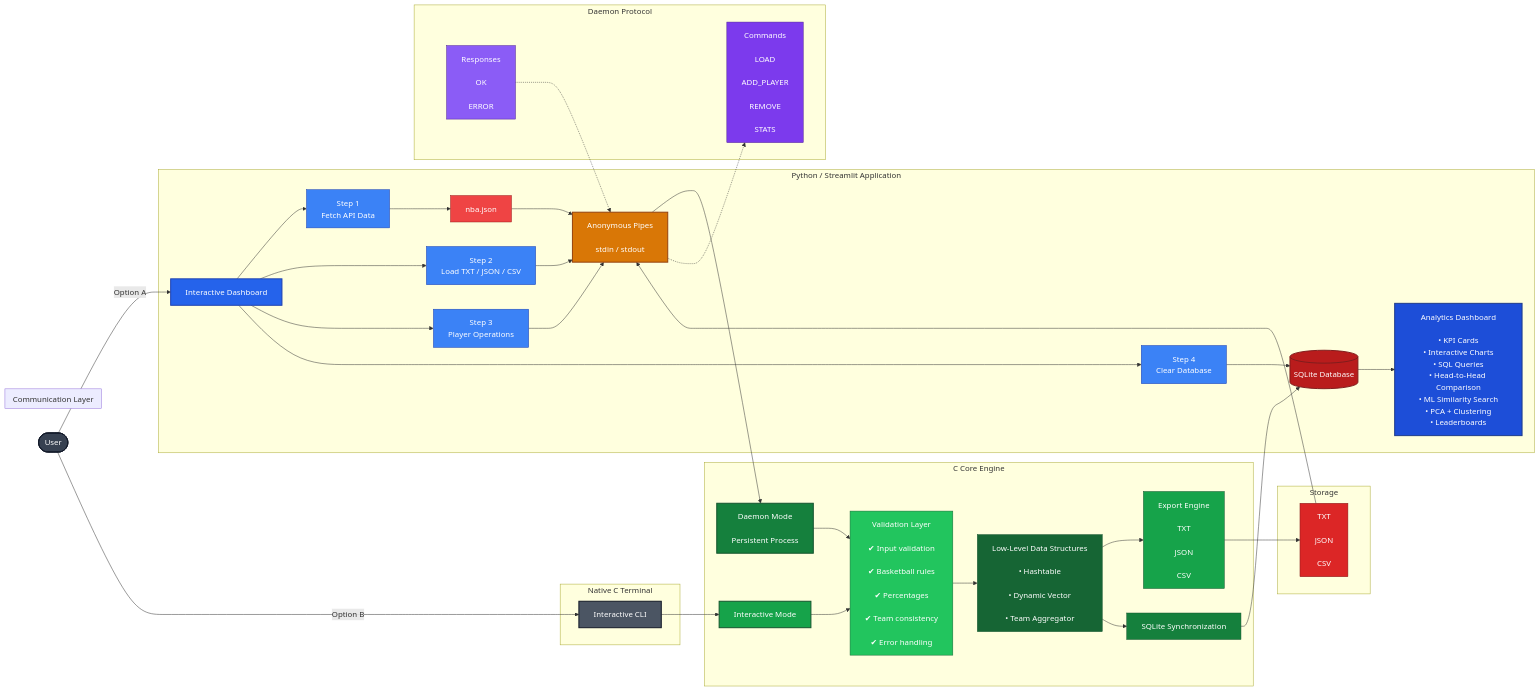
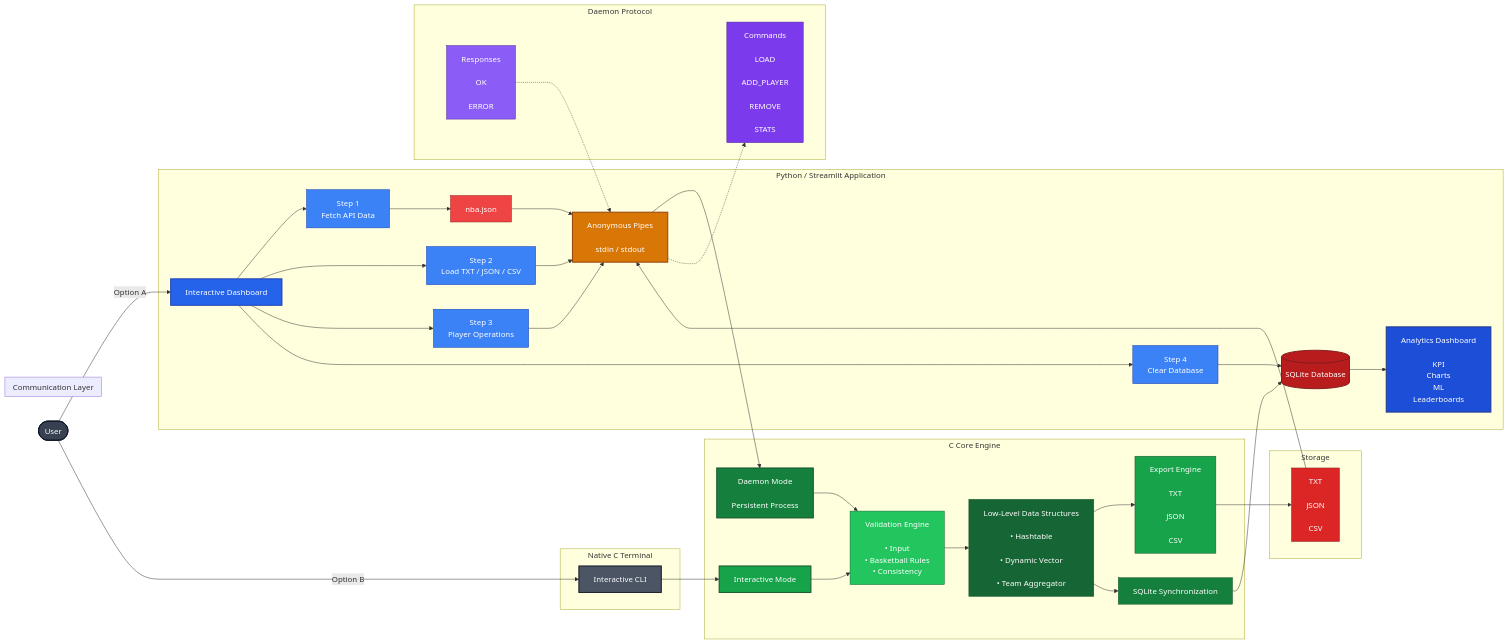
The diagram in README.md (Spyrosmaicho/basket-stats), drawn with Mermaid before and after one commit.

Commit message:
Improve mermaid diagram

```diff
--- a/README.md
+++ b/README.md
@@ -111,13 +111,10 @@
 
 DASH["Analytics Dashboard
 
-• KPI Cards
-• Interactive Charts
-• SQL Queries
-• Head-to-Head Comparison
-• ML Similarity Search
-• PCA + Clustering
-• Leaderboards"]
+KPI
+Charts
+ML
+Leaderboards"]
 
 ST --> STEP1
 ST --> STEP2
@@ -170,17 +167,11 @@
 
 CINTERACTIVE["Interactive Mode"]
 
-VALID["Validation Layer
+VALID["Validation Engine
 
-✔ Input validation
-
-✔ Basketball rules
-
-✔ Percentages
-
-✔ Team consistency
-
-✔ Error handling"]
+• Input
+• Basketball Rules
+• Consistency"]
 
 DS["Low-Level Data Structures
 
```
